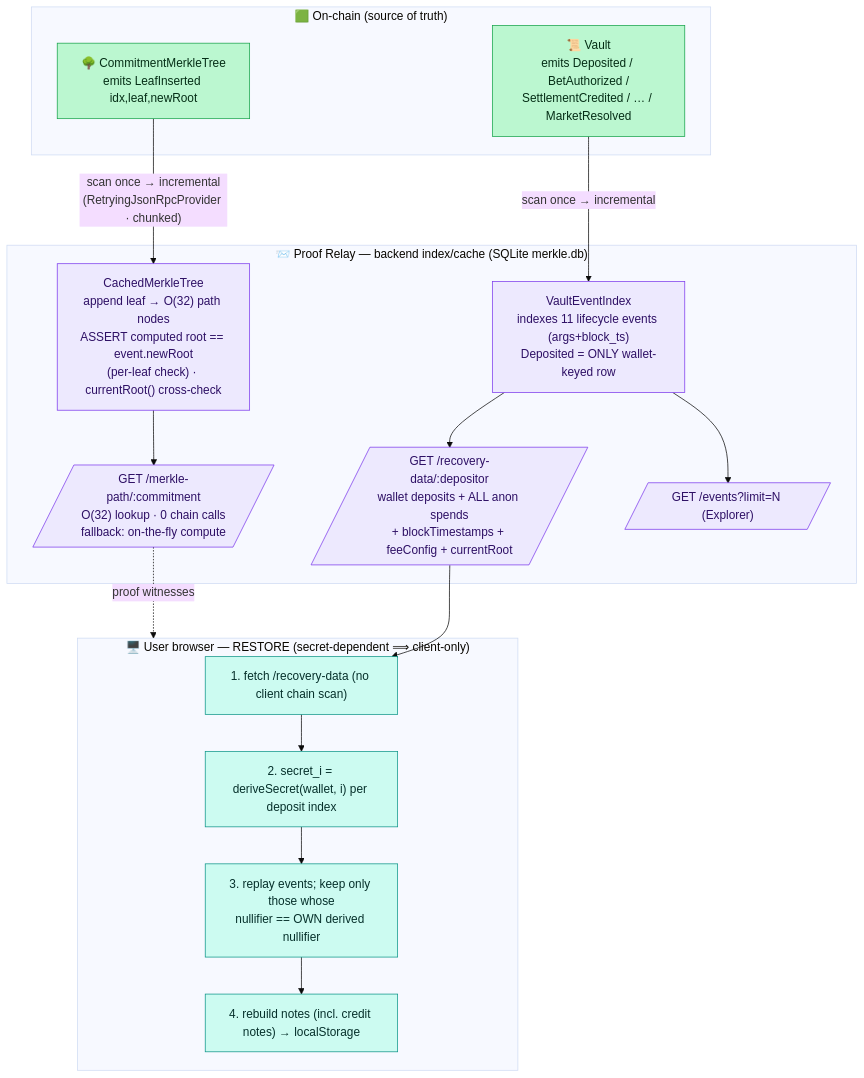
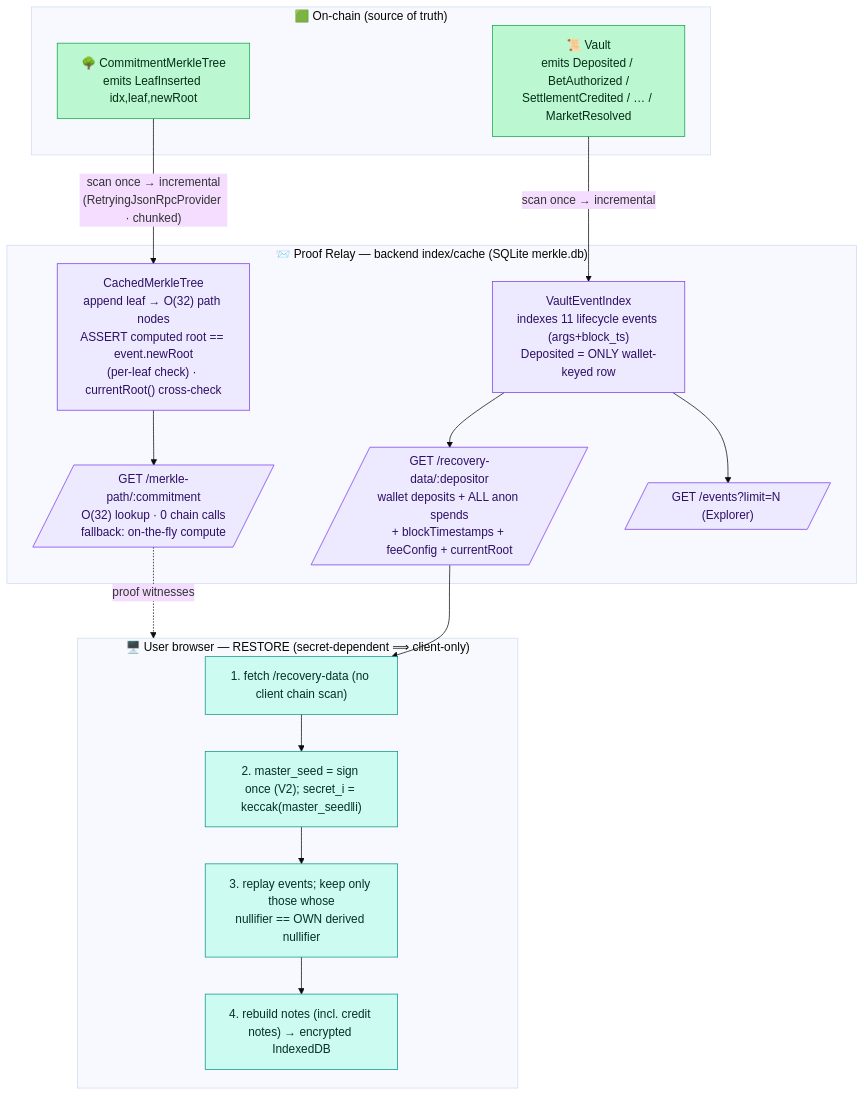
The fifth of 7 diagrams in docs/diagrams/04-operator-resilience.md (PolyShieldxyz/polyshield), drawn with Mermaid (base theme) before and after one commit. The commit also changed 87 other files, not shown here.

Commit message:
feat: FC-13 master-seed/encrypted cache, FC-14 fee split + partial auto-finalize, FC-15 markets catalog, beta-consent + UI overhaul

````diff
--- a/docs/diagrams/04-operator-resilience.md
+++ b/docs/diagrams/04-operator-resilience.md
@@ -153,33 +153,33 @@
 ```mermaid
 flowchart TB
     subgraph CHAIN["🟩 On-chain (source of truth)"]
         TREE[🌳 CommitmentMerkleTree<br/>emits LeafInserted idx,leaf,newRoot]:::contract
         VLT[📜 Vault<br/>emits Deposited / BetAuthorized /<br/>SettlementCredited / … / MarketResolved]:::contract
     end
     subgraph RELAY["📨 Proof Relay — backend index/cache (SQLite merkle.db)"]
         CMT["CachedMerkleTree<br/>append leaf → O(32) path nodes<br/>ASSERT computed root == event.newRoot<br/>(per-leaf check) · currentRoot() cross-check"]:::relay
         VEI["VaultEventIndex<br/>indexes 11 lifecycle events (args+block_ts)<br/>Deposited = ONLY wallet-keyed row"]:::relay
         MP[/"GET /merkle-path/:commitment<br/>O(32) lookup · 0 chain calls<br/>fallback: on-the-fly compute"/]:::relay
         RD[/"GET /recovery-data/:depositor<br/>wallet deposits + ALL anon spends<br/>+ blockTimestamps + feeConfig + currentRoot"/]:::relay
         EV[/"GET /events?limit=N (Explorer)"/]:::relay
     end
     subgraph BROWSER["🖥️ User browser — RESTORE (secret-dependent ⟹ client-only)"]
         R1["1. fetch /recovery-data (no client chain scan)"]:::fe
-        R2["2. secret_i = deriveSecret(wallet, i) per deposit index"]:::fe
+        R2["2. master_seed = sign once (V2); secret_i = keccak(master_seed‖i)"]:::fe
         R3["3. replay events; keep only those whose<br/>nullifier == OWN derived nullifier"]:::fe
-        R4["4. rebuild notes (incl. credit notes) → localStorage"]:::fe
+        R4["4. rebuild notes (incl. credit notes) → encrypted IndexedDB"]:::fe
         R1 --> R2 --> R3 --> R4
     end
 
     TREE -- "scan once → incremental<br/>(RetryingJsonRpcProvider · chunked)" --> CMT
     VLT -- "scan once → incremental" --> VEI
     CMT --> MP
     VEI --> RD
     VEI --> EV
     MP -. "proof witnesses" .-> BROWSER
     RD --> R1
 
     classDef contract fill:#bbf7d0,stroke:#16a34a,color:#052e16
     classDef relay fill:#ede9fe,stroke:#7c3aed,color:#2e1065
     classDef fe fill:#ccfbf1,stroke:#0d9488,color:#06302b
 ```
````
